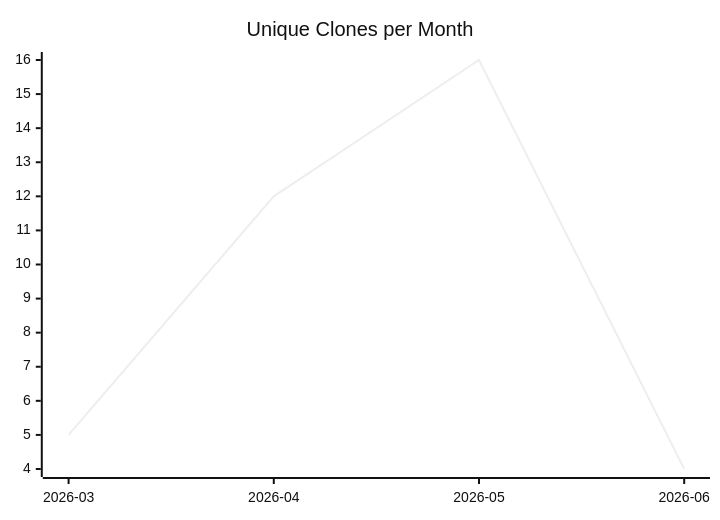
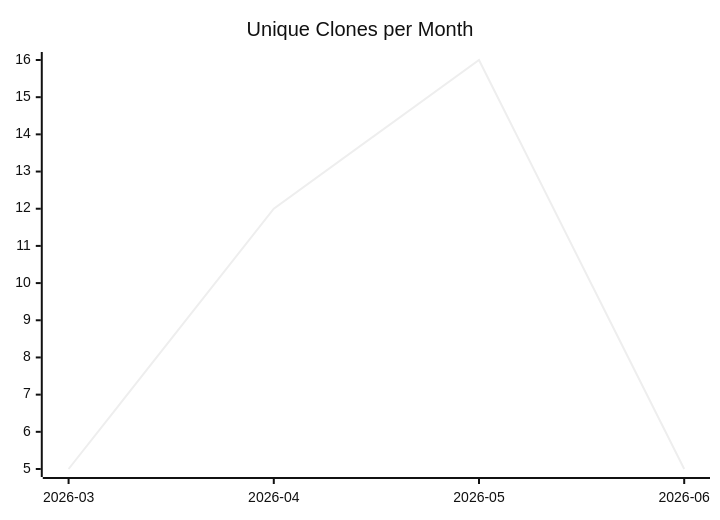
The third of 3 diagrams in karlmdavis/justdavis-karl/README.md (justdavis-family/github-analytics-data), drawn with Mermaid (neutral theme) before and after one commit. The commit also changed other lines of this file and 195 other files, not shown here.

````diff
--- a/karlmdavis/justdavis-karl/README.md
+++ b/karlmdavis/justdavis-karl/README.md
@@ -19,6 +19,6 @@
 ```mermaid
 xychart-beta
   title "Unique Clones per Month"
   x-axis ["2026-03", "2026-04", "2026-05", "2026-06"]
-  line [5, 12, 16, 4]
+  line [5, 12, 16, 5]
 ```
````
